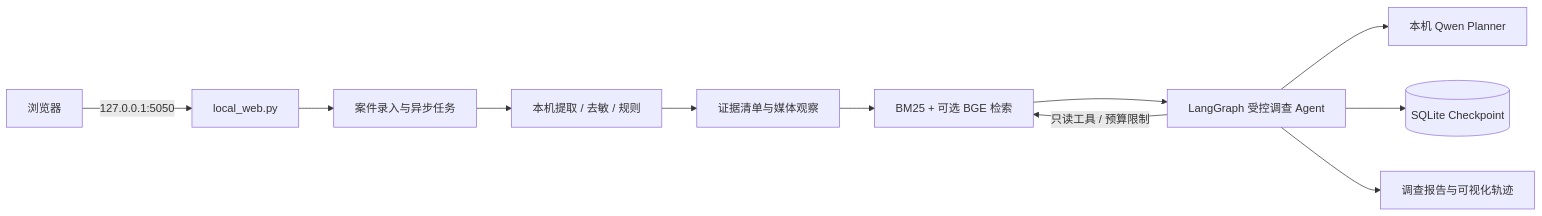
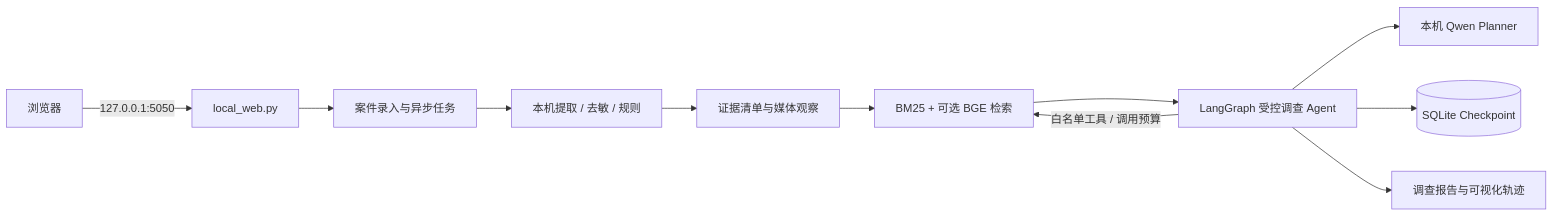
Before and after one commit to Puarox/Anti-Fraud-Agent: the first of 2 diagrams in docs/architecture.md, drawn with Mermaid. The commit also changed other lines of this file and 16 other files, not shown here.

````diff
--- a/docs/architecture.md
+++ b/docs/architecture.md
@@ -7,13 +7,13 @@
 ```mermaid
 flowchart LR
     U[浏览器] -->|127.0.0.1:5050| W[local_web.py]
     W --> I[案件录入与异步任务]
     I --> P[本机提取 / 去敏 / 规则]
     P --> E[证据清单与媒体观察]
     E --> R[BM25 + 可选 BGE 检索]
     R --> A[LangGraph 受控调查 Agent]
-    A -->|只读工具 / 预算限制| R
+    A -->|白名单工具 / 调用预算| R
     A --> Q[本机 Qwen Planner]
     A --> DB[(SQLite Checkpoint)]
     A --> J[调查报告与可视化轨迹]
 ```
````
